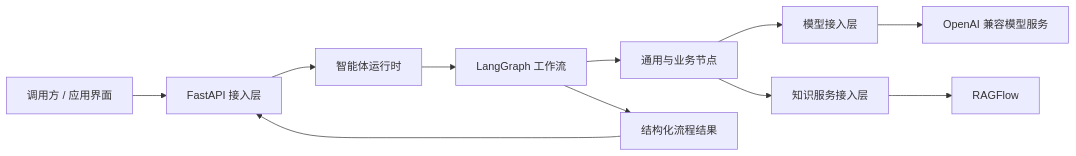
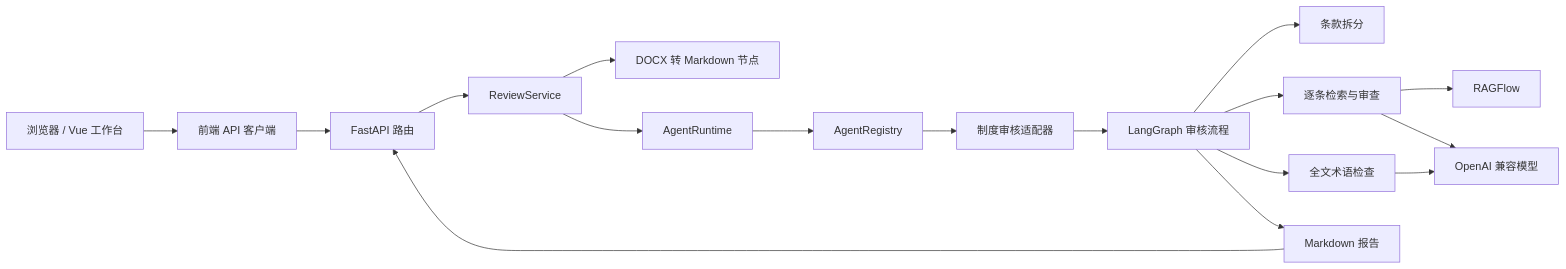
The diagram in README.md (LiuEhe/AgentPlatform), drawn with Mermaid before and after one commit. The commit also changed other lines of this file, not shown here.

````diff
--- a/README.md
+++ b/README.md
@@ -25,13 +25,19 @@
 ```mermaid
 flowchart LR
-    Client[调用方 / 应用界面] --> API[FastAPI 接入层]
-    API --> Runtime[智能体运行时]
-    Runtime --> Workflow[LangGraph 工作流]
-    Workflow --> Nodes[通用与业务节点]
-    Nodes --> LLM[模型接入层]
-    Nodes --> Knowledge[知识服务接入层]
-    LLM --> Model[OpenAI 兼容模型服务]
-    Knowledge --> RAGFlow[RAGFlow]
-    Workflow --> Result[结构化流程结果]
-    Result --> API
+    Browser[浏览器 / Vue 工作台] --> APIClient[前端 API 客户端]
+    APIClient --> API[FastAPI 路由]
+    API --> ReviewService[ReviewService]
+    ReviewService --> Docx[DOCX 转 Markdown 节点]
+    ReviewService --> Runtime[AgentRuntime]
+    Runtime --> Registry[AgentRegistry]
+    Registry --> Adapter[制度审核适配器]
+    Adapter --> Graph[LangGraph 审核流程]
+    Graph --> Split[条款拆分]
+    Graph --> ClauseReview[逐条检索与审查]
+    Graph --> Terminology[全文术语检查]
+    ClauseReview --> RAG[RAGFlow]
+    ClauseReview --> Model[OpenAI 兼容模型]
+    Terminology --> Model
+    Graph --> Report[Markdown 报告]
+    Report --> API
 ```
````
